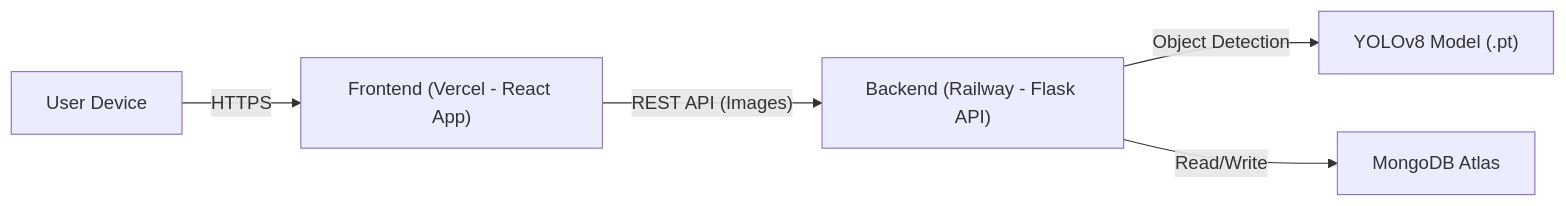
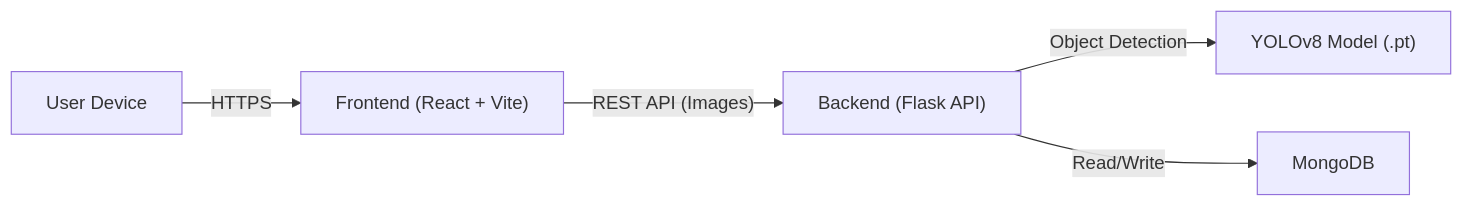
The diagram in README.md (Joeliazeers/FreshX), drawn with Mermaid before and after one commit. The commit also changed other lines of this file and 7 other files, not shown here.

````diff
--- a/README.md
+++ b/README.md
@@ -57,13 +86,13 @@
 ```mermaid
 flowchart LR
     User["User Device"]
-    Frontend["Frontend (Vercel - React App)"]
-    Backend["Backend (Railway - Flask API)"]
+    Frontend["Frontend (React + Vite)"]
+    Backend["Backend (Flask API)"]
     Model["YOLOv8 Model (.pt)"]
-    DB["MongoDB Atlas"]
+    DB["MongoDB"]
 
     User -- "HTTPS" --> Frontend
     Frontend -- "REST API (Images)" --> Backend
     Backend -- "Object Detection" --> Model
     Backend -- "Read/Write" --> DB
 ```
````
